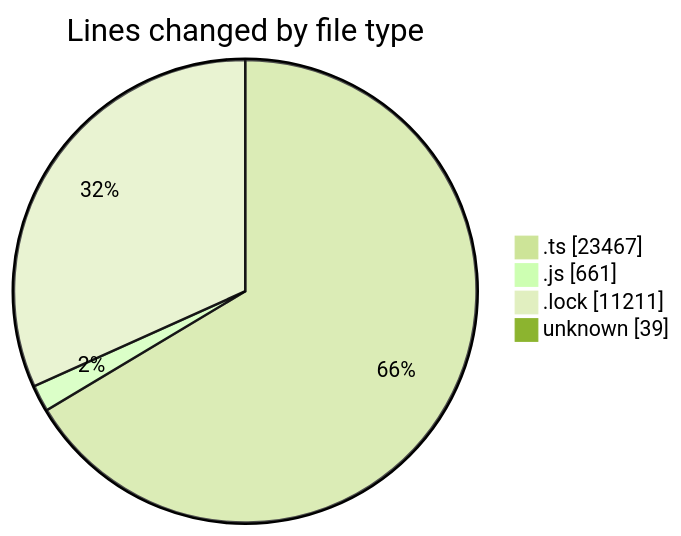
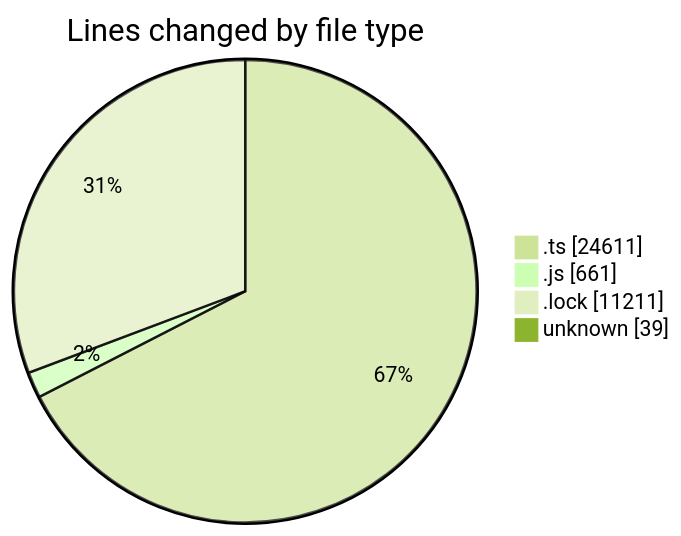
Before and after one commit to momahboobian/code-tracking: the first of 2 diagrams in 2025-05-20/cda/README.md, drawn with Mermaid (forest theme). The commit also changed other lines of this file and 1 other file, not shown here.

````diff
--- a/2025-05-20/cda/README.md
+++ b/2025-05-20/cda/README.md
@@ -33,8 +34,8 @@
 ```mermaid
 pie showData
 title Lines changed by file type
-".ts" : 23467
+".ts" : 24611
 ".js" : 661
 ".lock" : 11211
 "unknown" : 39
 ```
````
